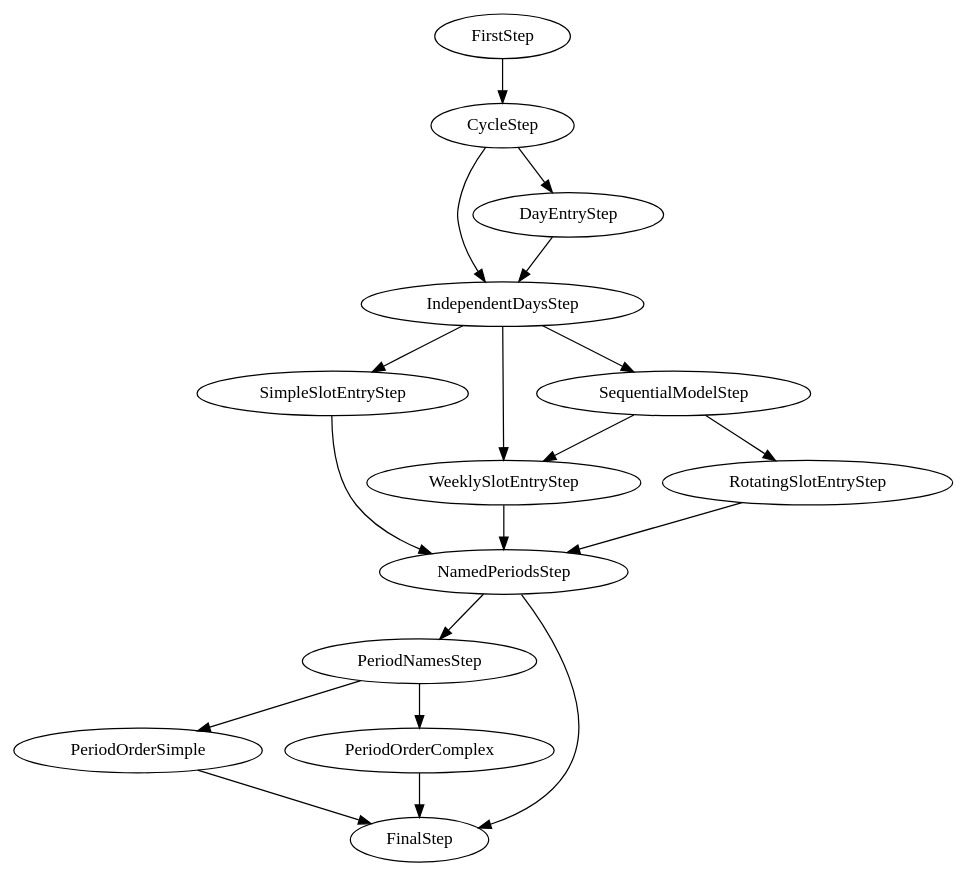
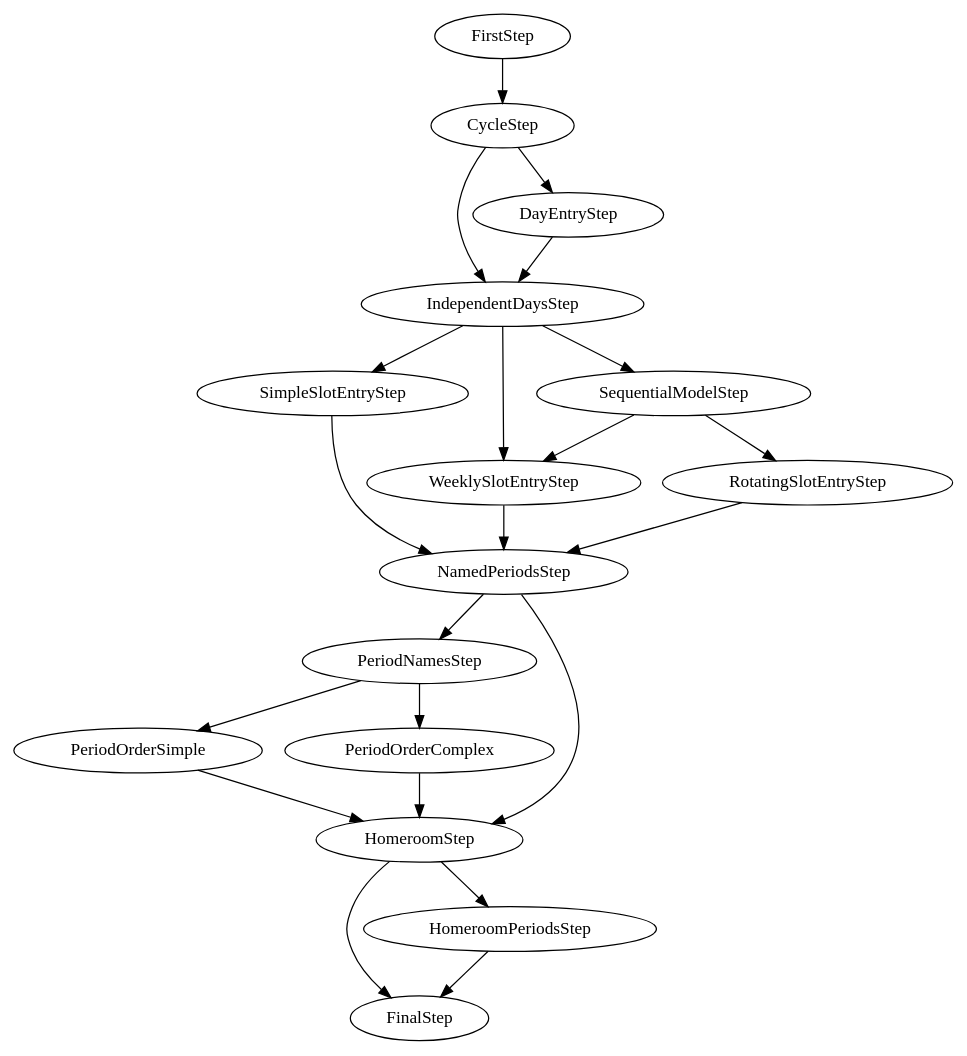
Before and after one commit to mattva01/schooltool: the diagram in src/schooltool/app/browser/ftests/images/ttschema-wizard.dot, drawn with Graphviz. The commit also changed 21 other files, not shown here.

Commit message:
Update the test plan to include the new homeroom steps.  Add the "do you have a homeroom?" question step to the timetable wizard.

```diff
--- a/src/schooltool/app/browser/ftests/images/ttschema-wizard.dot
+++ b/src/schooltool/app/browser/ftests/images/ttschema-wizard.dot
@@ -1,20 +1,23 @@
 digraph "Timetable Schema Wizard" {
   FirstStep -> CycleStep;
   CycleStep -> IndependentDaysStep;
   CycleStep -> DayEntryStep;
   DayEntryStep -> IndependentDaysStep;
   IndependentDaysStep -> SimpleSlotEntryStep;
   IndependentDaysStep -> WeeklySlotEntryStep;
   IndependentDaysStep -> SequentialModelStep;
   SequentialModelStep -> WeeklySlotEntryStep;
   SequentialModelStep -> RotatingSlotEntryStep;
   SimpleSlotEntryStep -> NamedPeriodsStep;
   RotatingSlotEntryStep -> NamedPeriodsStep;
   WeeklySlotEntryStep -> NamedPeriodsStep;
   NamedPeriodsStep -> PeriodNamesStep;
-  NamedPeriodsStep -> FinalStep;
+  NamedPeriodsStep -> HomeroomStep;
   PeriodNamesStep -> PeriodOrderSimple;
   PeriodNamesStep -> PeriodOrderComplex;
-  PeriodOrderSimple -> FinalStep;
-  PeriodOrderComplex -> FinalStep;
+  PeriodOrderSimple -> HomeroomStep;
+  PeriodOrderComplex -> HomeroomStep;
+  HomeroomStep -> FinalStep;
+  HomeroomStep -> HomeroomPeriodsStep;
+  HomeroomPeriodsStep -> FinalStep;
 }
```
